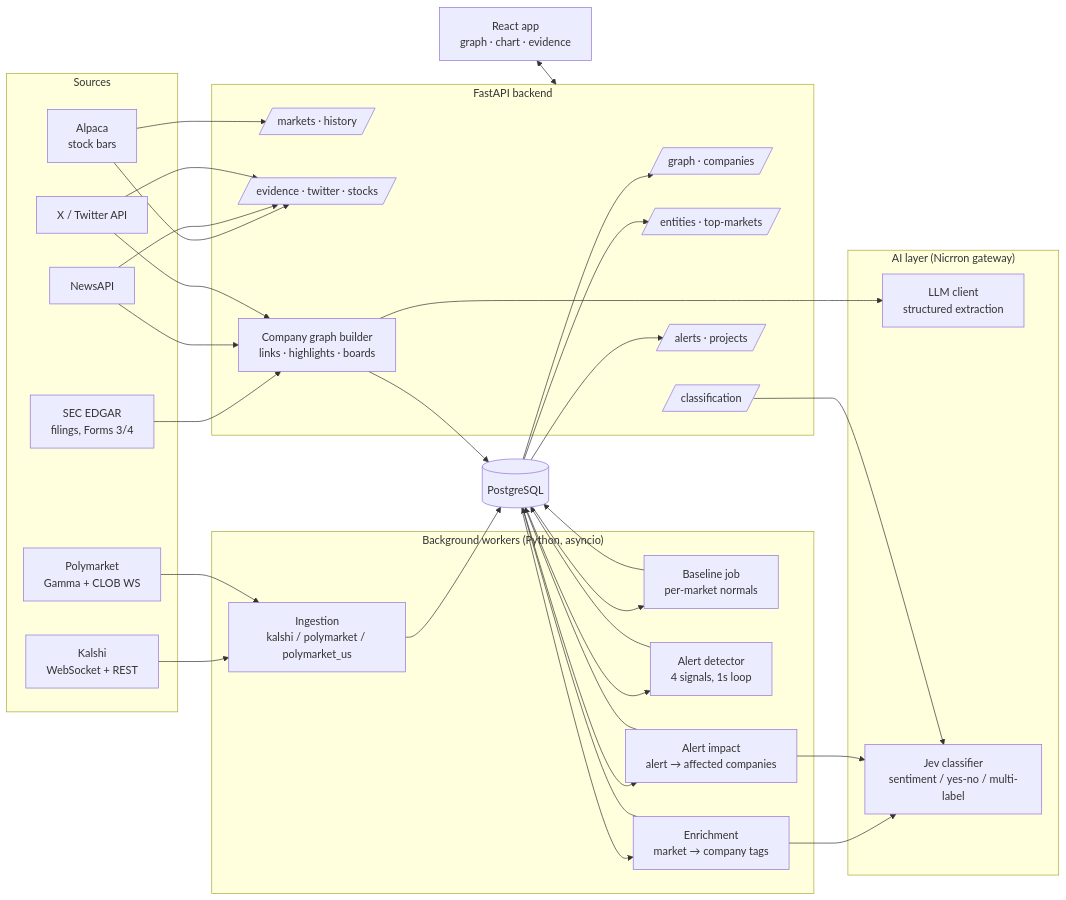
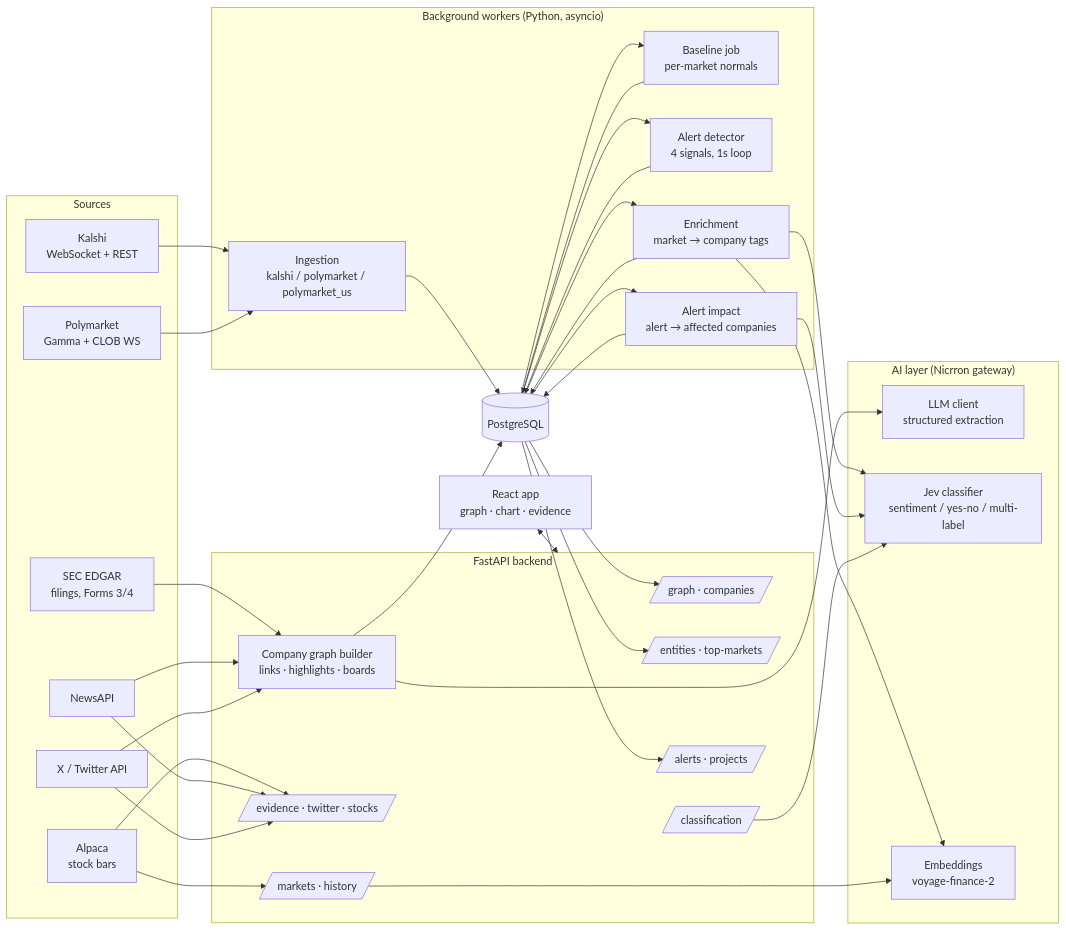
One commit to 7dracoder/WhatsPoppin changed the diagram in README.md. Above: the diagram before and after it, drawn with Mermaid. The commit also changed other lines of this file and 41 other files, not shown here.

First line of the commit message:
Nicrron-only AI layer: voyage-finance-2 semantic market search and enrichment shortlist

````diff
--- a/README.md
+++ b/README.md
@@ -55,62 +55,65 @@
 ```mermaid
 flowchart LR
     subgraph Sources
         K[Kalshi<br/>WebSocket + REST]
         P[Polymarket<br/>Gamma + CLOB WS]
         SEC[SEC EDGAR<br/>filings, Forms 3/4]
         N[NewsAPI]
         X[X / Twitter API]
         A[Alpaca<br/>stock bars]
     end
 
     subgraph Workers["Background workers (Python, asyncio)"]
         ING[Ingestion<br/>kalshi / polymarket / polymarket_us]
         BASE[Baseline job<br/>per-market normals]
         DET[Alert detector<br/>4 signals, 1s loop]
         ENR[Enrichment<br/>market → company tags]
         IMP[Alert impact<br/>alert → affected companies]
     end
 
     subgraph AI["AI layer (Nicrron gateway)"]
         LLM[LLM client<br/>structured extraction]
         JEV[Jev classifier<br/>sentiment / yes-no / multi-label]
+        EMB[Embeddings<br/>voyage-finance-2]
     end
 
     DB[(PostgreSQL)]
 
     subgraph API["FastAPI backend"]
         R1[/graph · companies/]
         R2[/entities · top-markets/]
         R3[/markets · history/]
         R4[/evidence · twitter · stocks/]
         R5[/classification/]
         R6[/alerts · projects/]
         CG[Company graph builder<br/>links · highlights · boards]
     end
 
     UI[React app<br/>graph · chart · evidence]
 
     K --> ING
     P --> ING
     ING --> DB
     DB --> BASE --> DB
     DB --> DET --> DB
     DB --> ENR --> DB
     DB --> IMP --> DB
+    ENR --> EMB
     ENR --> JEV
     IMP --> JEV
+    R3 --> EMB
     SEC --> CG
     N --> CG
     X --> CG
     CG --> LLM
     CG --> DB
     A --> R3
     A --> R4
     N --> R4
     X --> R4
     R5 --> JEV
     DB --> R2
     DB --> R6
     DB --> R1
     UI <--> API
 ```
````
